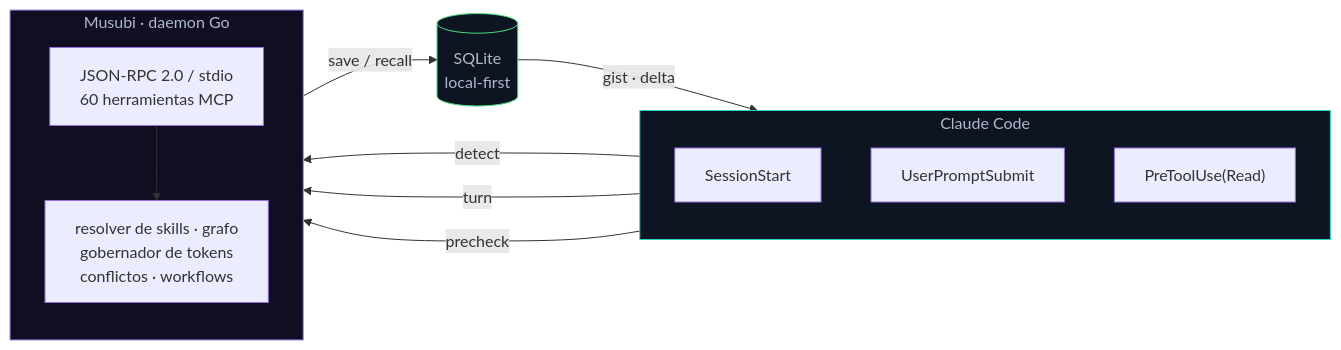
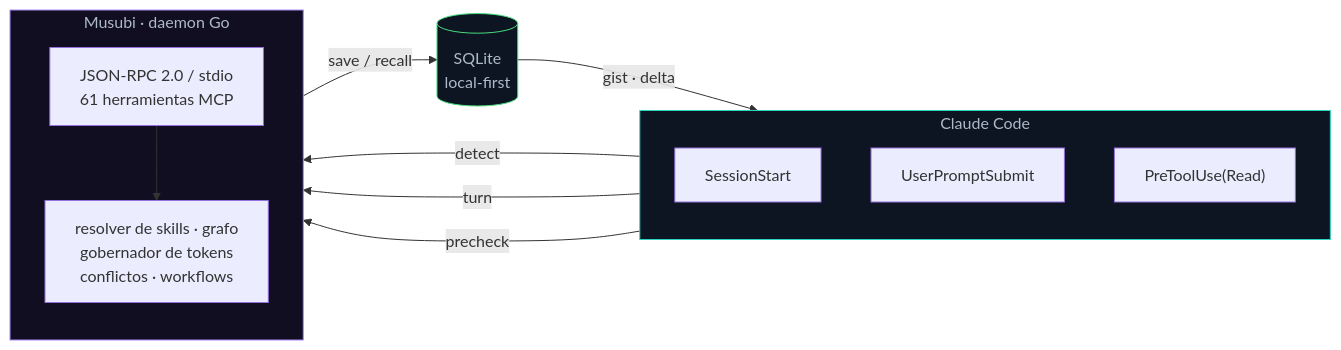
The first of 3 diagrams in README.md (codeabraham16/musubi), drawn with Mermaid before and after one commit. The commit also changed other lines of this file and 11 other files, not shown here.

````diff
--- a/README.md
+++ b/README.md
@@ -68,27 +68,27 @@
 ```mermaid
 flowchart LR
     subgraph CC["Claude Code"]
         direction TB
         H1["SessionStart"]
         H2["UserPromptSubmit"]
         H3["PreToolUse(Read)"]
     end
     subgraph M["Musubi · daemon Go"]
         direction TB
-        RPC["JSON-RPC 2.0 / stdio<br/>60 herramientas MCP"]
+        RPC["JSON-RPC 2.0 / stdio<br/>61 herramientas MCP"]
         COG["resolver de skills · grafo<br/>gobernador de tokens<br/>conflictos · workflows"]
     end
     DB[("SQLite<br/>local-first")]
 
     H1 -- "detect" --> RPC
     H2 -- "turn" --> RPC
     H3 -- "precheck" --> RPC
     RPC --> COG
     COG -- "save / recall" --> DB
     DB -- "gist · delta" --> CC
 
     classDef cc fill:#0d1422,stroke:#2dd4bf,color:#adbac7;
     classDef mm fill:#120e22,stroke:#a78bfa,color:#adbac7;
     classDef db fill:#0d1422,stroke:#4ade80,color:#adbac7;
     class CC cc; class M mm; class DB db;
 ```
````
